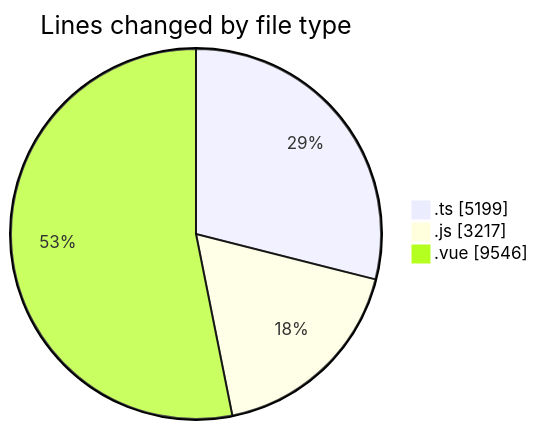
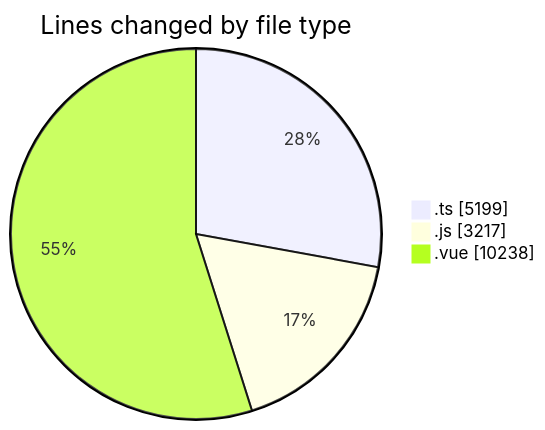
One commit to lephambinh05/code-tracking changed the first of 2 diagrams in 2025-08-16/rentotp/README.md. Above: the diagram before and after it, drawn with Mermaid. The commit also changed other lines of this file and 1 other file, not shown here.

````diff
--- a/2025-08-16/rentotp/README.md
+++ b/2025-08-16/rentotp/README.md
@@ -79,7 +79,7 @@
 ```mermaid
 pie showData
 title Lines changed by file type
 ".ts" : 5199
 ".js" : 3217
-".vue" : 9546
+".vue" : 10238
 ```
````
